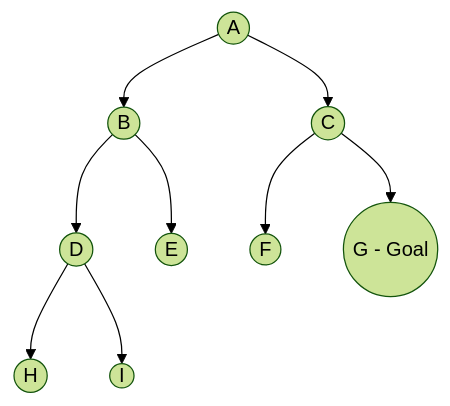
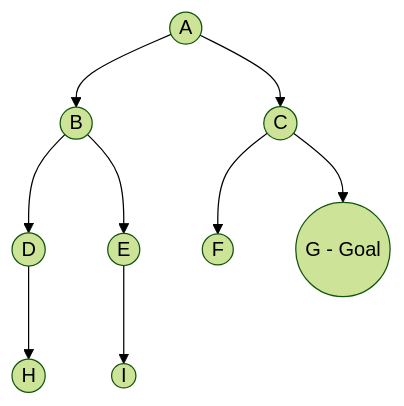
The third of 3 diagrams in Questions_2024.md (abokash590/Semester-Final-Preparation-), drawn with Mermaid (forest theme) before and after one commit. The commit also changed other lines of this file and 24 other files, not shown here.

Commit message:
Fix 2024 search tree diagrams (Q1c and Q7c), bold FOL statements, fix neuron parameter gap, and add 2D Romania map

````diff
--- a/Questions_2024.md
+++ b/Questions_2024.md
@@ -120,11 +122,11 @@
 ```mermaid
 graph TD
     A((A)) --> B((B))
     A --> C((C))
     B --> D((D))
     B --> E((E))
     C --> F((F))
     C --> G((G - Goal))
     D --> H((H))
-    D --> I((I))
+    E --> I((I))
 ```
````
